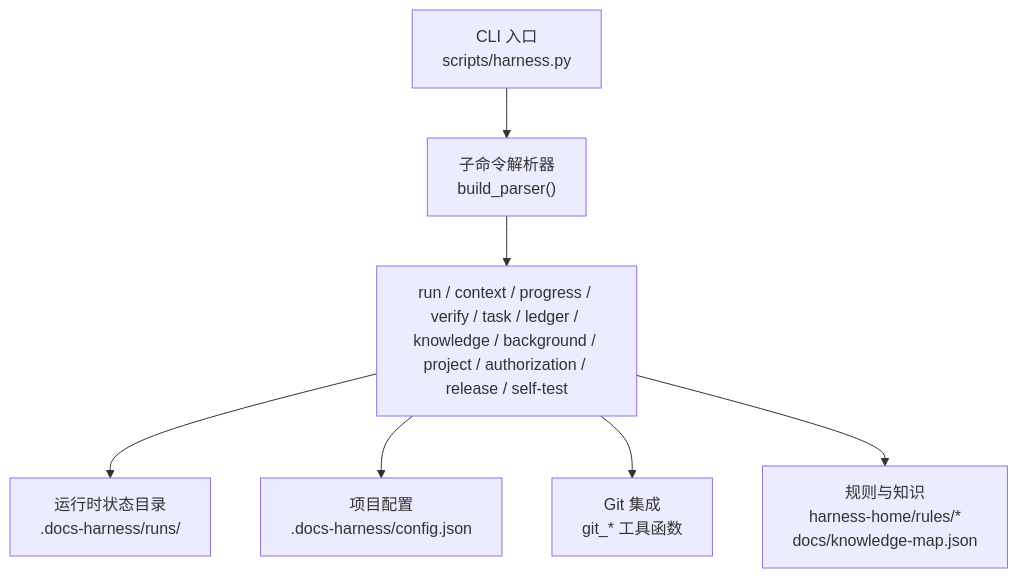
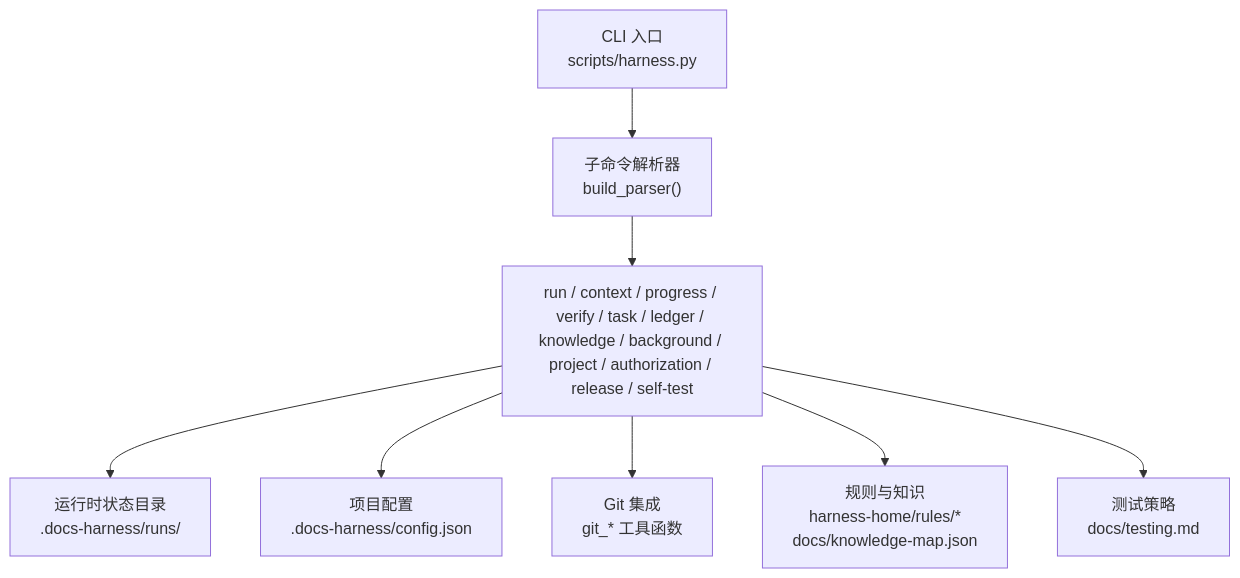
One commit to HackSing/docs-harness changed the first of 3 diagrams in .qoder/repowiki/zh/content/API参考/CLI命令参考/CLI命令参考.md. Above: the diagram before and after it, drawn with Mermaid. The commit also changed other lines of this file and 26 other files, not shown here.

````diff
--- a/.qoder/repowiki/zh/content/API参考/CLI命令参考/CLI命令参考.md
+++ b/.qoder/repowiki/zh/content/API参考/CLI命令参考/CLI命令参考.md
@@ -46,9 +53,10 @@
 ```mermaid
 graph TB
 A["CLI 入口<br/>scripts/harness.py"] --> B["子命令解析器<br/>build_parser()"]
 B --> C["run / context / progress / verify / task / ledger / knowledge / background / project / authorization / release / self-test"]
 C --> D["运行时状态目录<br/>.docs-harness/runs/<task-id>"]
 C --> E["项目配置<br/>.docs-harness/config.json"]
 C --> F["Git 集成<br/>git_* 工具函数"]
 C --> G["规则与知识<br/>harness-home/rules/*<br/>docs/knowledge-map.json"]
+C --> H["测试策略<br/>docs/testing.md"]
 ```
````
